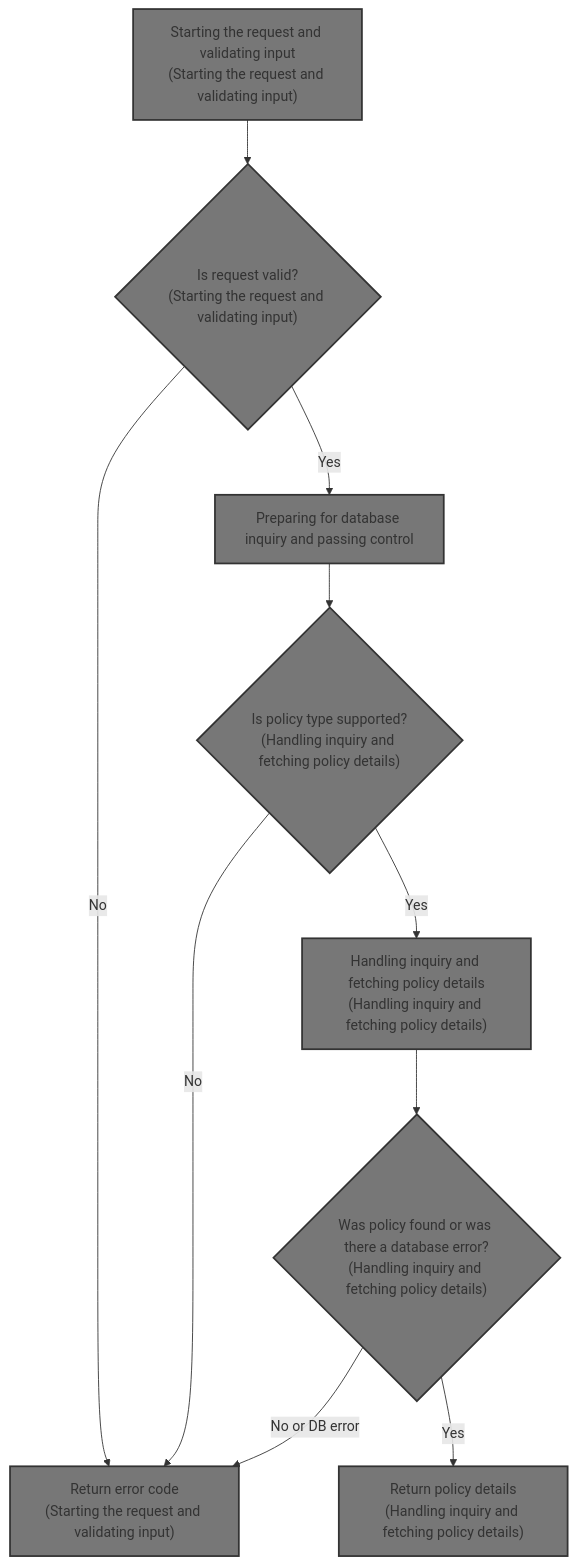
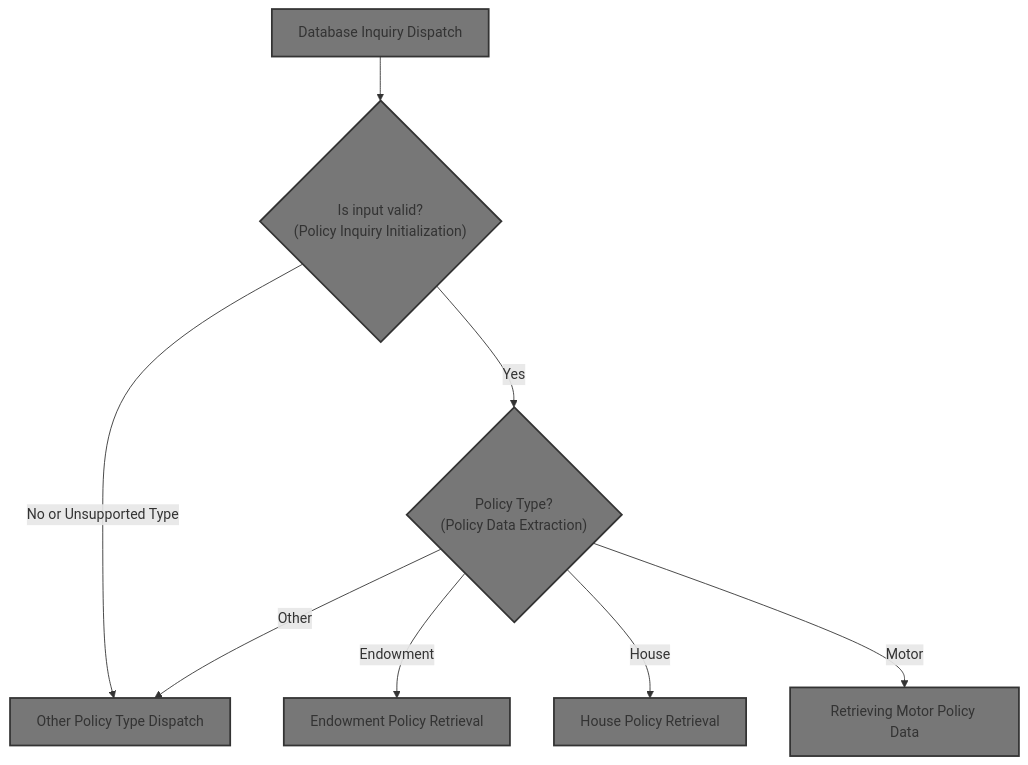
The first of 10 diagrams in .swm/inquire-policy-details-lgipol01.m4dh9yau.sw.md (Giri-Swimm/Swimmio-genapp-house), drawn with Mermaid before and after one commit. The commit also changed other lines of this file and 17 other files, not shown here.

````diff
--- a/.swm/inquire-policy-details-lgipol01.m4dh9yau.sw.md
+++ b/.swm/inquire-policy-details-lgipol01.m4dh9yau.sw.md
@@ -8,28 +8,20 @@
 ```mermaid
 flowchart TD
-    node1["Starting the request and validating input
-(Starting the request and validating input)"]:::HeadingStyle --> node2{"Is request valid?
-(Starting the request and validating input)"}:::HeadingStyle
-    click node1 goToHeading "Starting the request and validating input"
-    click node2 goToHeading "Starting the request and validating input"
-    node2 -->|"No"| node3["Return error code
-(Starting the request and validating input)"]:::HeadingStyle
-    node2 -->|"Yes"| node4["Preparing for database inquiry and passing control"]:::HeadingStyle
-    click node3 goToHeading "Starting the request and validating input"
-    click node4 goToHeading "Preparing for database inquiry and passing control"
-    node4 --> node5{"Is policy type supported?
-(Handling inquiry and fetching policy details)"}:::HeadingStyle
-    click node5 goToHeading "Handling inquiry and fetching policy details"
-    node5 -->|"No"| node3
-    node5 -->|"Yes"| node6["Handling inquiry and fetching policy details
-(Handling inquiry and fetching policy details)"]:::HeadingStyle
-    click node6 goToHeading "Handling inquiry and fetching policy details"
-    node6 --> node7{"Was policy found or was there a database error?
-(Handling inquiry and fetching policy details)"}:::HeadingStyle
-    click node7 goToHeading "Handling inquiry and fetching policy details"
-    node7 -->|"No or DB error"| node3
-    node7 -->|"Yes"| node8["Return policy details
-(Handling inquiry and fetching policy details)"]:::HeadingStyle
-    click node8 goToHeading "Handling inquiry and fetching policy details"
+    node1["Database Inquiry Dispatch"]:::HeadingStyle --> node2{"Is input valid?
+(Policy Inquiry Initialization)"}:::HeadingStyle
+    click node1 goToHeading "Database Inquiry Dispatch"
+    node2 -->|"No or Unsupported Type"| node6["Other Policy Type Dispatch"]:::HeadingStyle
+    node2 -->|"Yes"| node3{"Policy Type?
+(Policy Data Extraction)"}:::HeadingStyle
+    click node2 goToHeading "Policy Inquiry Initialization"
+    node3 -->|"Endowment"| node4["Endowment Policy Retrieval"]:::HeadingStyle
+    node3 -->|"House"| node5["House Policy Retrieval"]:::HeadingStyle
+    node3 -->|"Motor"| node7["Retrieving Motor Policy Data"]:::HeadingStyle
+    node3 -->|"Other"| node6
+    click node3 goToHeading "Policy Data Extraction"
+    click node4 goToHeading "Endowment Policy Retrieval"
+    click node5 goToHeading "House Policy Retrieval"
+    click node6 goToHeading "Other Policy Type Dispatch"
+    click node7 goToHeading "Retrieving Motor Policy Data"
 classDef HeadingStyle fill:#777777,stroke:#333,stroke-width:2px;
 ```
````
